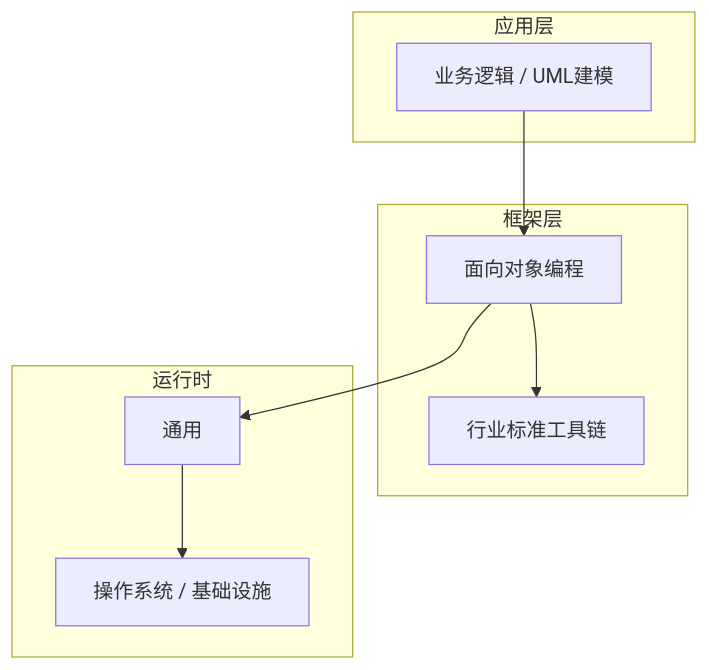
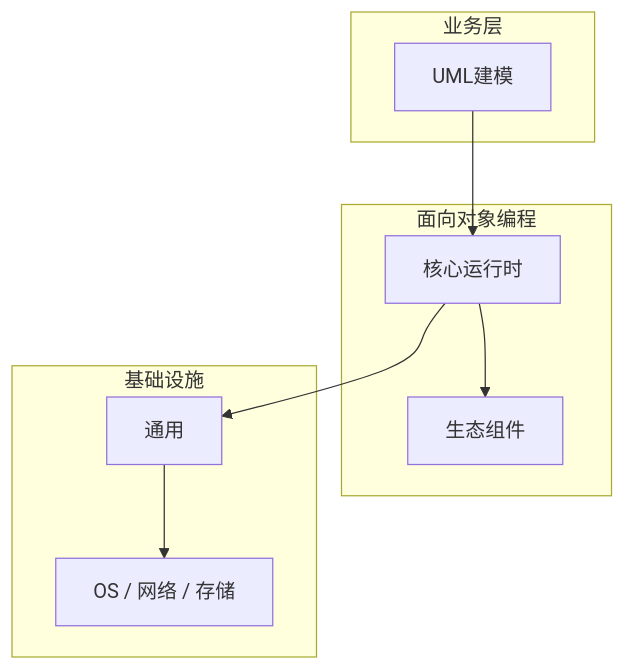
Before and after one commit to yanggan2015/knowledge-json-v2: the diagram in articles/面向对象编程/chapters/051-UML建模核心概念与原理.md, drawn with Mermaid. The commit also changed other lines of this file and 10127 other files, not shown here.

````diff
--- a/articles/面向对象编程/chapters/051-UML建模核心概念与原理.md
+++ b/articles/面向对象编程/chapters/051-UML建模核心概念与原理.md
@@ -45,18 +34,18 @@
 ```mermaid
 graph TB
-    subgraph 应用层
-        A[业务逻辑 / UML建模]
+    subgraph 业务层
+        A[UML建模]
     end
-    subgraph 框架层
-        B[面向对象编程]
-        C[行业标准工具链]
+    subgraph 面向对象编程
+        B[核心运行时]
+        C[生态组件]
     end
-    subgraph 运行时
+    subgraph 基础设施
         D[通用]
-        E[操作系统 / 基础设施]
+        E[OS / 网络 / 存储]
     end
     A --> B
     B --> C
     B --> D
     D --> E
 ```
````
